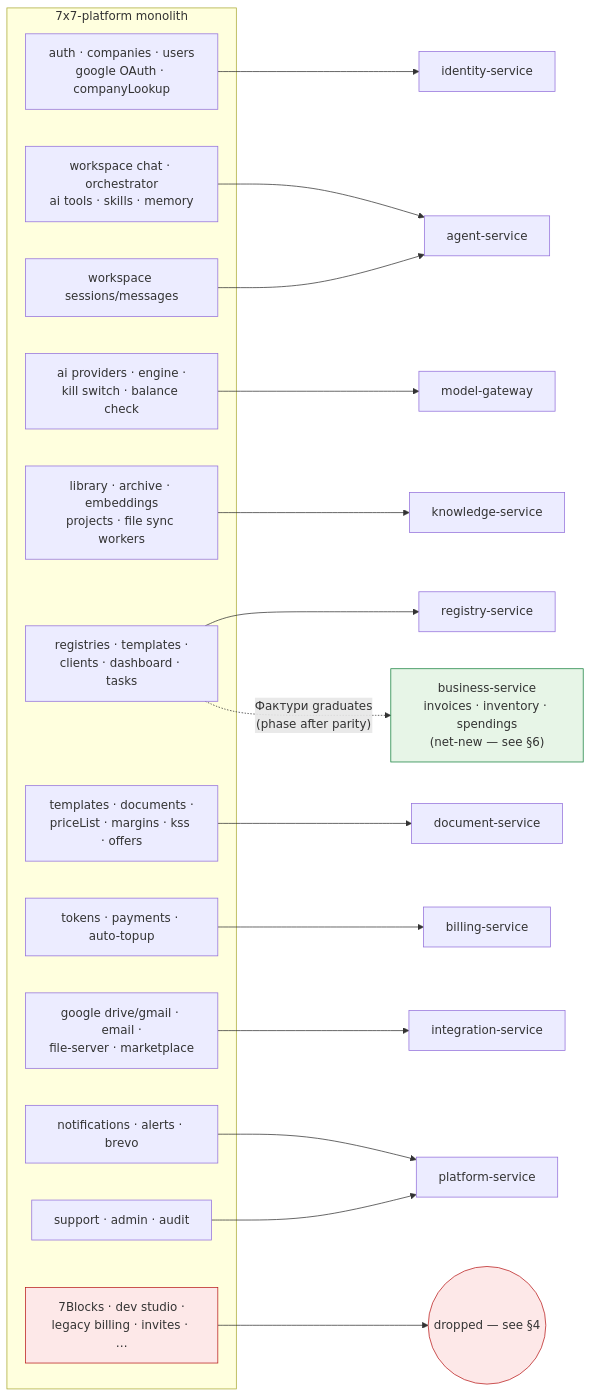
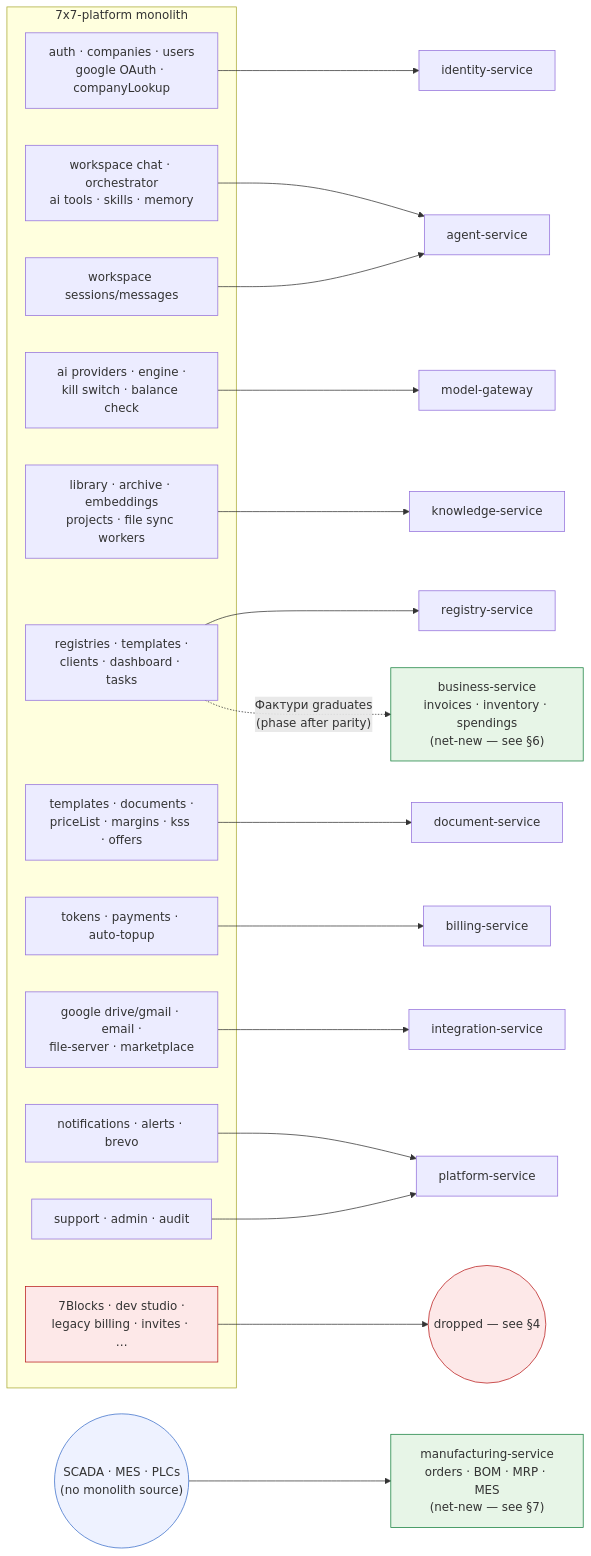
Before and after one commit to stoychev07-art/7X7-microservice: the diagram in docs/04-functional-coverage.md, drawn with Mermaid. The commit also changed other lines of this file and 65 other files, not shown here.

First line of the commit message:
Enhance architecture and service documentation

````diff
--- a/docs/04-functional-coverage.md
+++ b/docs/04-functional-coverage.md
@@ -10,35 +10,38 @@
 ```mermaid
 flowchart LR
     subgraph mono["7x7-platform monolith"]
         auth["auth · companies · users<br/>google OAuth · companyLookup"]
         ws["workspace chat · orchestrator<br/>ai tools · skills · memory"]
         sess["workspace sessions/messages"]
         prov["ai providers · engine ·<br/>kill switch · balance check"]
         lib["library · archive · embeddings<br/>projects · file sync workers"]
         regs["registries · templates ·<br/>clients · dashboard · tasks"]
         docs["templates · documents ·<br/>priceList · margins · kss · offers"]
         pay["tokens · payments · auto-topup"]
         ints["google drive/gmail · email ·<br/>file-server · marketplace"]
         notifs["notifications · alerts · brevo"]
         sup["support · admin · audit"]
         dead["7Blocks · dev studio ·<br/>legacy billing · invites · …"]
     end
 
     auth --> id["identity-service"]
     ws --> ag["agent-service"]
     sess --> ag
     prov --> mg["model-gateway"]
     lib --> kn["knowledge-service"]
     regs --> rg["registry-service"]
     docs --> dc["document-service"]
     pay --> bl["billing-service"]
     ints --> ig["integration-service"]
     notifs --> pl["platform-service"]
     sup --> pl
     dead --> x(("dropped — see §4"))
     regs -. "Фактури graduates<br/>(phase after parity)" .-> biz["business-service<br/>invoices · inventory · spendings<br/>(net-new — see §6)"]
+    scada(("SCADA · MES · PLCs<br/>(no monolith source)")) --> mf["manufacturing-service<br/>orders · BOM · MRP · MES<br/>(net-new — see §7)"]
 
     style dead fill:#fde8e8,stroke:#b91c1c
     style x fill:#fde8e8,stroke:#b91c1c
     style biz fill:#e7f5e7,stroke:#15803d
+    style mf fill:#e7f5e7,stroke:#15803d
+    style scada fill:#eef2ff,stroke:#3b6fc9
 ```
````
